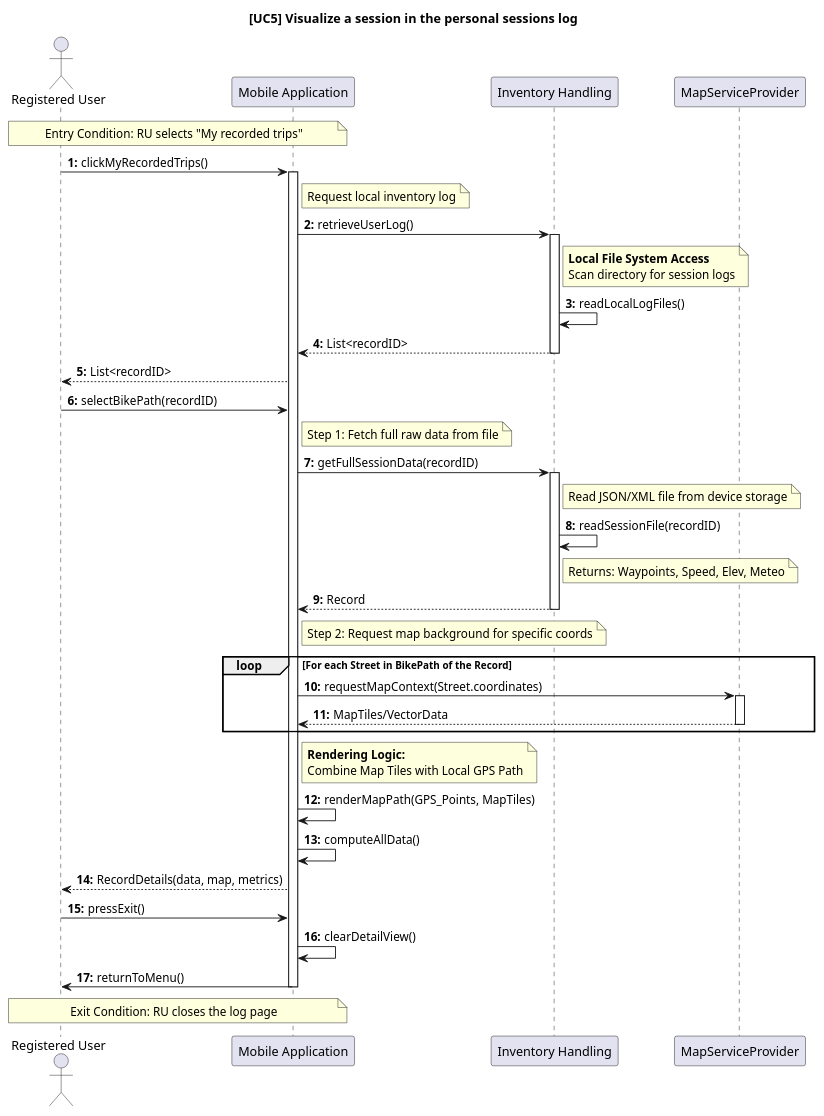
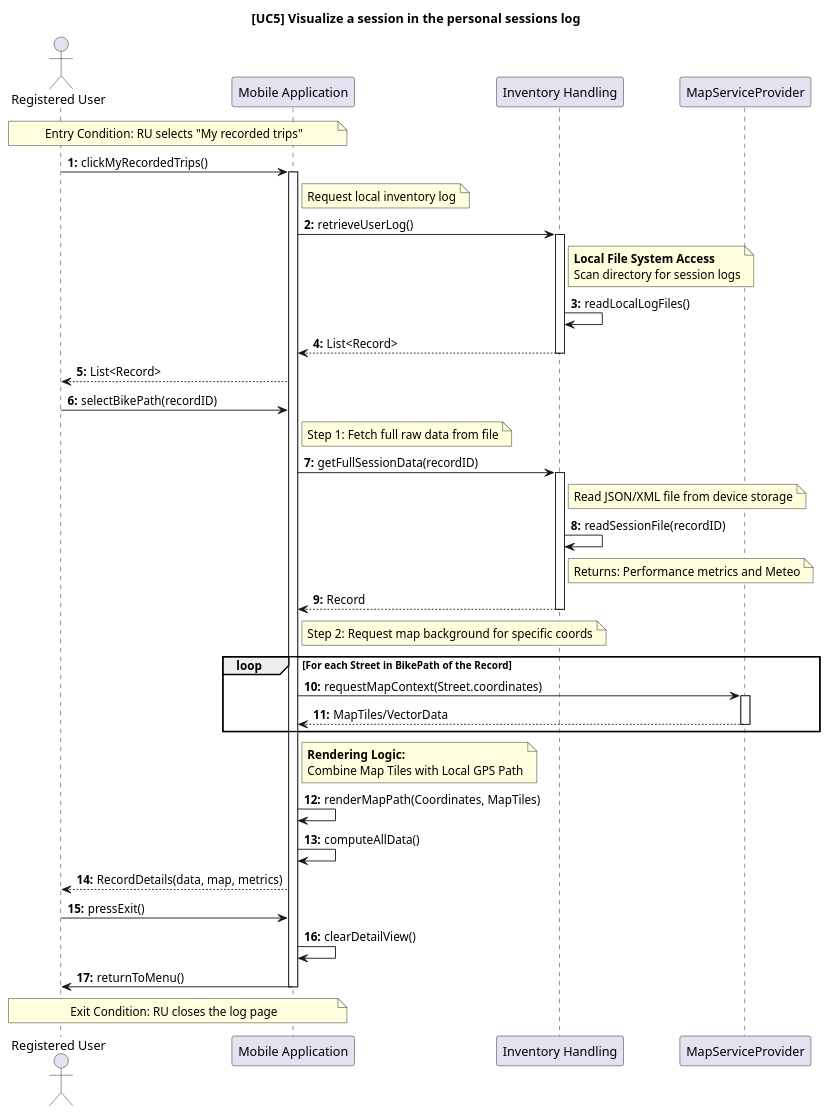
Before and after one commit to ilevinci/RubinoUvinsiVinciguerra: the diagram in DD/sequencediagrams/usecase5.puml, drawn with PlantUML. The commit also changed 7 other files, not shown here.

Commit message:
refinement of use case diagrams (maybe last version, i hope)

```diff
--- a/DD/sequencediagrams/usecase5.puml
+++ b/DD/sequencediagrams/usecase5.puml
@@ -1,83 +1,83 @@
 @startuml UC5_VisualizeSessionLog_Local
 autonumber "<b>0:"
 title [UC5] Visualize a session in the personal sessions log
 
 ' =======================================================
 ' COMPONENT DEFINITION
 ' =======================================================
 actor "Registered User" as RU
 participant "Mobile Application" as Client
 
 ' Componente che gestisce l'archivio locale
 participant "Inventory Handling" as IH
 
 ' Servizio Esterno per il rendering mappe
 participant "MapServiceProvider" as Map
 
 ' =======================================================
 ' ENTRY CONDITION
 ' =======================================================
 note over RU, Client: Entry Condition: RU selects "My recorded trips"
 
 ' =======================================================
 ' (a) SYSTEM SHOWS THE SESSIONS LOG
 ' =======================================================
 RU -> Client: clickMyRecordedTrips()
 activate Client
 
 note right of Client: Request local inventory log
 Client -> IH: retrieveUserLog()
 activate IH
 
 ' Accesso al File System Locale
 note right of IH: **Local File System Access**\nScan directory for session logs
 IH -> IH: readLocalLogFiles()
 
-IH --> Client: List<recordID>
+IH --> Client: List<Record>
 deactivate IH
 
 ' Visualizzazione Lista
-Client --> RU: List<recordID>
+Client --> RU: List<Record>
 ' =======================================================
 ' (b) RU FINDS AND SELECTS THE SESSION
 ' =======================================================
 RU -> Client: selectBikePath(recordID)
 
 ' 1. Recupero Dati Sessione dallo Storage Locale
 note right of Client: Step 1: Fetch full raw data from file
 Client -> IH: getFullSessionData(recordID)
 activate IH
 
 note right of IH: Read JSON/XML file from device storage
 IH -> IH: readSessionFile(recordID)
-note right of IH: Returns: Waypoints, Speed, Elev, Meteo
+note right of IH: Returns: Performance metrics and Meteo
 IH --> Client: Record
 deactivate IH
 
 ' 2. Recupero Mappa dal Service Provider
 note right of Client: Step 2: Request map background for specific coords
 loop For each Street in BikePath of the Record
 
     Client -> Map: requestMapContext(Street.coordinates)
     activate Map
     Map --> Client: MapTiles/VectorData
     deactivate Map
 end
 
 ' Rendering lato Client
 note right of Client: **Rendering Logic:**\nCombine Map Tiles with Local GPS Path
-Client -> Client: renderMapPath(GPS_Points, MapTiles)
+Client -> Client: renderMapPath(Coordinates, MapTiles)
 Client -> Client: computeAllData()
 
 Client --> RU: RecordDetails(data, map, metrics)
 
 ' =======================================================
 ' EXIT CONDITION
 ' =======================================================
 RU -> Client: pressExit()
 Client -> Client: clearDetailView()
 Client -> RU: returnToMenu()
 note over RU, Client: Exit Condition: RU closes the log page
 
 deactivate Client
 @enduml
```
